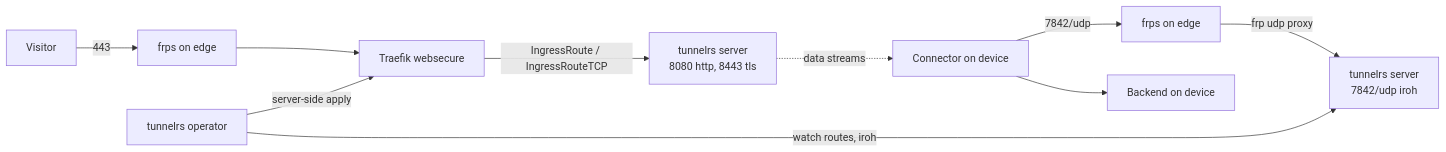
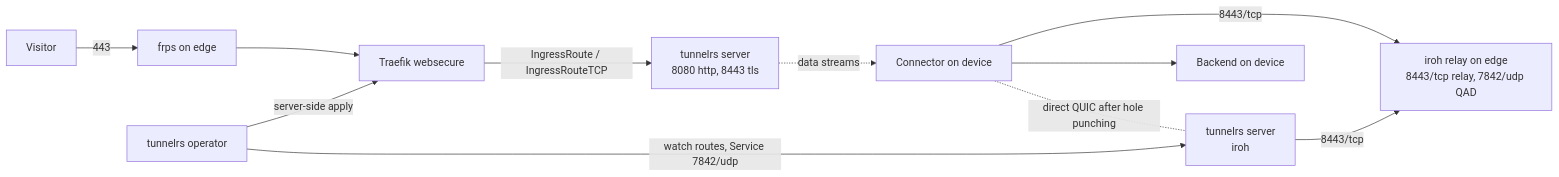
One commit to LuukBlankenstijn/infra changed the diagram in docs/apps/tunnelrs.md. Above: the diagram before and after it, drawn with Mermaid. The commit also changed other lines of this file and 15 other files, not shown here.

Commit message:
Run a public iroh relay on the edge for tunnelrs; drop the frp UDP forward

````diff
--- a/docs/apps/tunnelrs.md
+++ b/docs/apps/tunnelrs.md
@@ -9,9 +9,11 @@
 ```mermaid
 flowchart LR
   visitor[Visitor] -->|443| frps[frps on edge] --> traefik[Traefik websecure]
   traefik -->|IngressRoute / IngressRouteTCP| server[tunnelrs server<br/>8080 http, 8443 tls]
-  connector[Connector on device] -->|7842/udp| frps2[frps on edge] -->|frp udp proxy| iroh[tunnelrs server<br/>7842/udp iroh]
+  connector[Connector on device] -->|8443/tcp| relay[iroh relay on edge<br/>8443/tcp relay, 7842/udp QAD]
+  iroh[tunnelrs server<br/>iroh] -->|8443/tcp| relay
+  connector -. direct QUIC after hole punching .- iroh
   server -. data streams .-> connector --> backend[Backend on device]
-  operator[tunnelrs operator] -->|watch routes, iroh| iroh
+  operator[tunnelrs operator] -->|watch routes, Service 7842/udp| iroh
   operator -->|server-side apply| traefik
 ```
````
